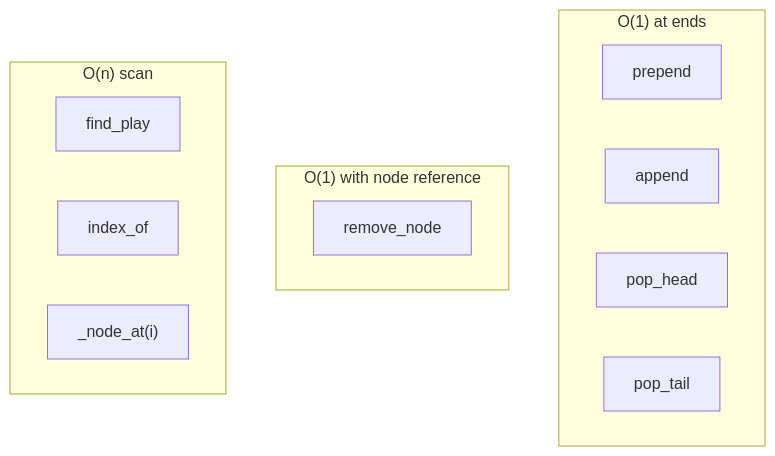
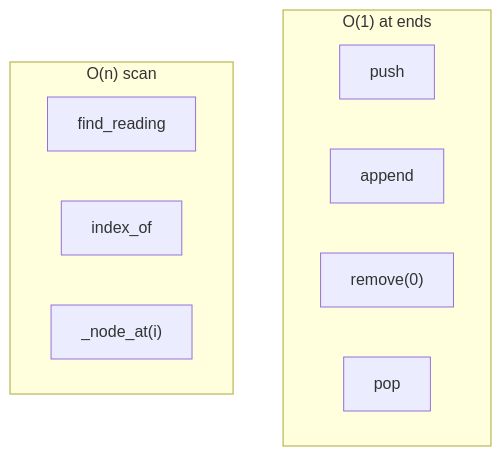
The fifth of 10 diagrams in docs/dsa/data-structures/doubly-linked-list/index.md (qgjones9/python-programming-guide), drawn with Mermaid before and after one commit. The commit also changed other lines of this file and 6 other files, not shown here.

````diff
--- a/docs/dsa/data-structures/doubly-linked-list/index.md
+++ b/docs/dsa/data-structures/doubly-linked-list/index.md
@@ -515,17 +541,14 @@
 ```mermaid
 flowchart TB
   subgraph ends["O(1) at ends"]
-    prepend
+    push
     append
-    pop_head
-    pop_tail
-  end
-  subgraph node_ref["O(1) with node reference"]
-    remove_node
+    remove0["remove(0)"]
+    pop
   end
   subgraph scan["O(n) scan"]
-    find_play
+    find_reading
     index_of
     get_at["_node_at(i)"]
   end
 ```
````
